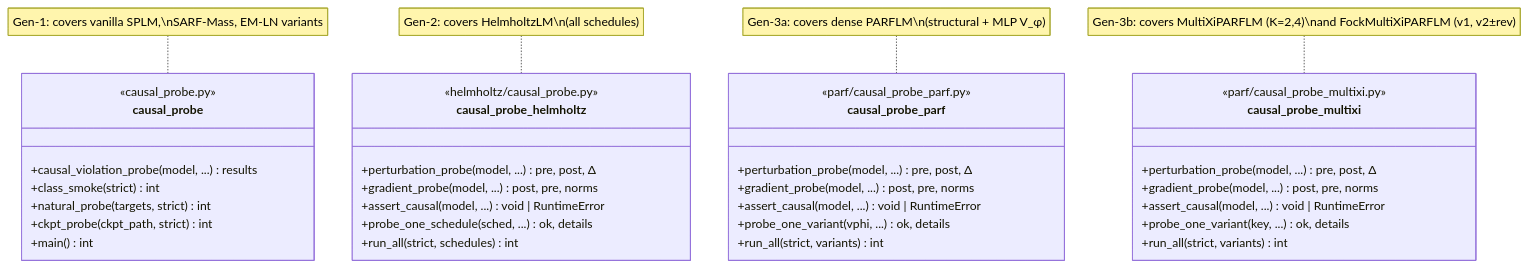
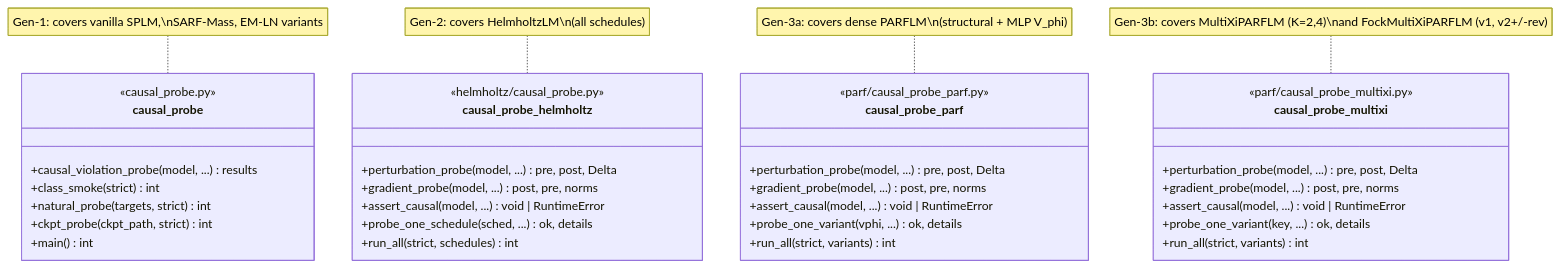
One commit to dimitarpg13/semsimula-paper changed the seventh of 17 diagrams in SOFTWARE_ARCHITECTURE.md. Above: the diagram before and after it, drawn with Mermaid. The commit also changed other lines of this file, not shown here.

Commit message:
add software class diagrams markdown

````diff
--- a/SOFTWARE_ARCHITECTURE.md
+++ b/SOFTWARE_ARCHITECTURE.md
@@ -620,45 +620,45 @@
 ```mermaid
 classDiagram
     direction TB
 
     class causal_probe {
         <<causal_probe.py>>
         +causal_violation_probe(model, ...) results
         +class_smoke(strict) int
         +natural_probe(targets, strict) int
         +ckpt_probe(ckpt_path, strict) int
         +main() int
     }
 
     class causal_probe_helmholtz {
         <<helmholtz/causal_probe.py>>
-        +perturbation_probe(model, ...) pre, post, Δ
+        +perturbation_probe(model, ...) pre, post, Delta
         +gradient_probe(model, ...) post, pre, norms
         +assert_causal(model, ...) void | RuntimeError
         +probe_one_schedule(sched, ...) ok, details
         +run_all(strict, schedules) int
     }
 
     class causal_probe_parf {
         <<parf/causal_probe_parf.py>>
-        +perturbation_probe(model, ...) pre, post, Δ
+        +perturbation_probe(model, ...) pre, post, Delta
         +gradient_probe(model, ...) post, pre, norms
         +assert_causal(model, ...) void | RuntimeError
         +probe_one_variant(vphi, ...) ok, details
         +run_all(strict, variants) int
     }
 
     class causal_probe_multixi {
         <<parf/causal_probe_multixi.py>>
-        +perturbation_probe(model, ...) pre, post, Δ
+        +perturbation_probe(model, ...) pre, post, Delta
         +gradient_probe(model, ...) post, pre, norms
         +assert_causal(model, ...) void | RuntimeError
         +probe_one_variant(key, ...) ok, details
         +run_all(strict, variants) int
     }
 
     note for causal_probe "Gen-1: covers vanilla SPLM,\nSARF-Mass, EM-LN variants"
     note for causal_probe_helmholtz "Gen-2: covers HelmholtzLM\n(all schedules)"
-    note for causal_probe_parf "Gen-3a: covers dense PARFLM\n(structural + MLP V_φ)"
-    note for causal_probe_multixi "Gen-3b: covers MultiXiPARFLM (K=2,4)\nand FockMultiXiPARFLM (v1, v2±rev)"
+    note for causal_probe_parf "Gen-3a: covers dense PARFLM\n(structural + MLP V_phi)"
+    note for causal_probe_multixi "Gen-3b: covers MultiXiPARFLM (K=2,4)\nand FockMultiXiPARFLM (v1, v2+/-rev)"
 ```
````
